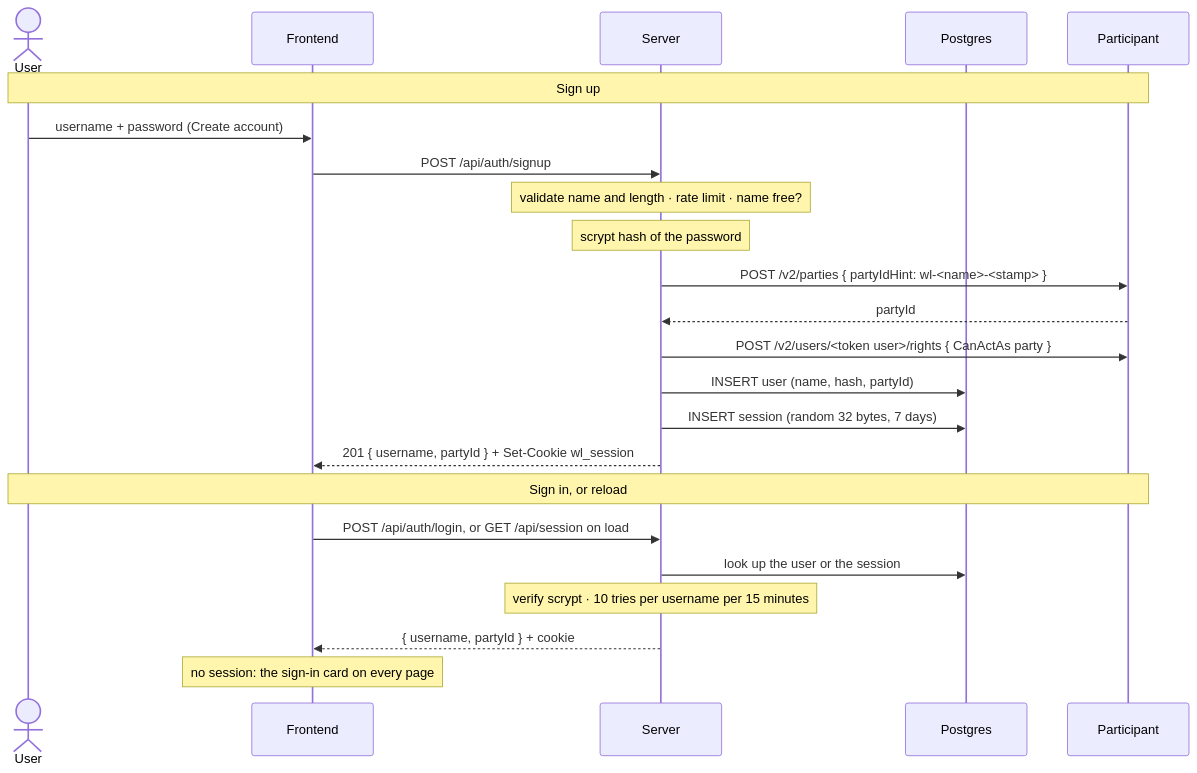
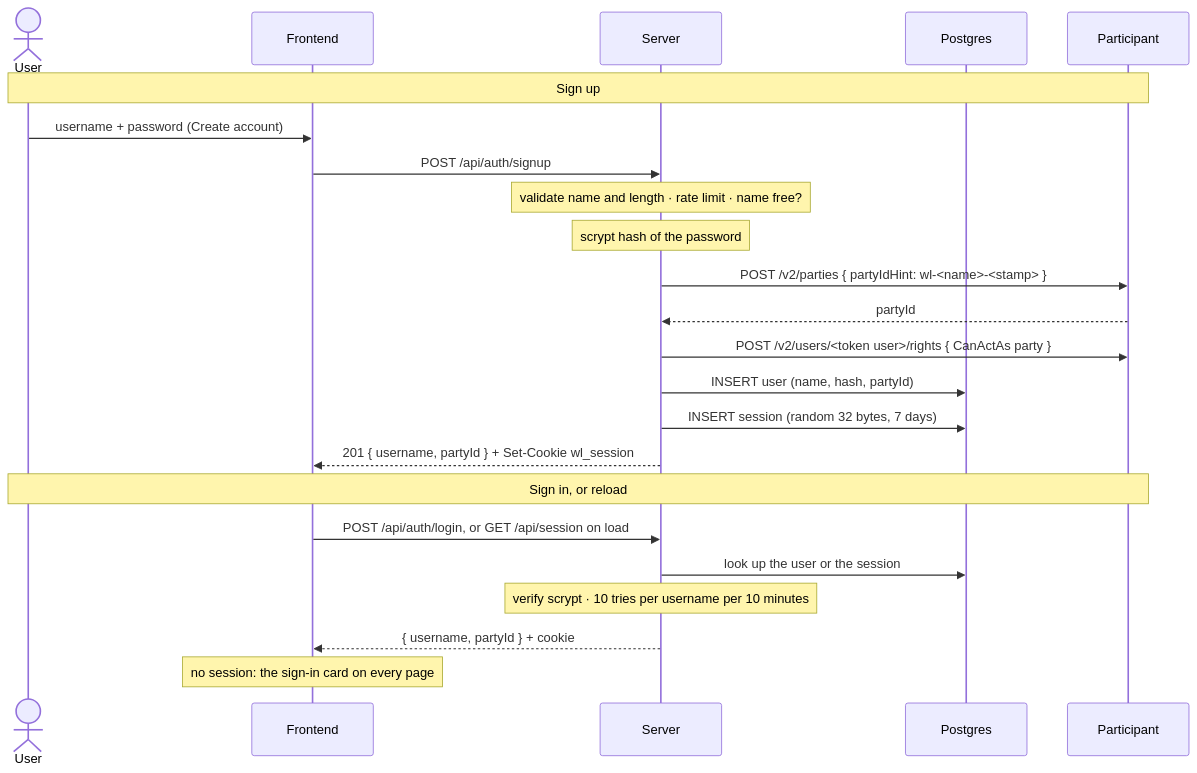
Before and after one commit to BootNodeDev/canton-dappbooster: the first of 2 diagrams in example-dapps/amulet-vesting-walletless/architecture.md, drawn with Mermaid. The commit also changed other lines of this file and 6 other files, not shown here.

````diff
--- a/example-dapps/amulet-vesting-walletless/architecture.md
+++ b/example-dapps/amulet-vesting-walletless/architecture.md
@@ -44,27 +44,27 @@
 ```mermaid
 sequenceDiagram
   actor User
   participant FE as Frontend
   participant S as Server
   participant DB as Postgres
   participant P as Participant
 
   Note over User,P: Sign up
   User->>FE: username + password (Create account)
   FE->>S: POST /api/auth/signup
   Note over S: validate name and length · rate limit · name free?
   Note over S: scrypt hash of the password
   S->>P: POST /v2/parties { partyIdHint: wl-#lt;name#gt;-#lt;stamp#gt; }
   P-->>S: partyId
   S->>P: POST /v2/users/#lt;token user#gt;/rights { CanActAs party }
   S->>DB: INSERT user (name, hash, partyId)
   S->>DB: INSERT session (random 32 bytes, 7 days)
   S-->>FE: 201 { username, partyId } + Set-Cookie wl_session
 
   Note over User,P: Sign in, or reload
   FE->>S: POST /api/auth/login, or GET /api/session on load
   S->>DB: look up the user or the session
-  Note over S: verify scrypt · 10 tries per username per 15 minutes
+  Note over S: verify scrypt · 10 tries per username per 10 minutes
   S-->>FE: { username, partyId } + cookie
   Note over FE: no session: the sign-in card on every page
 ```
````
